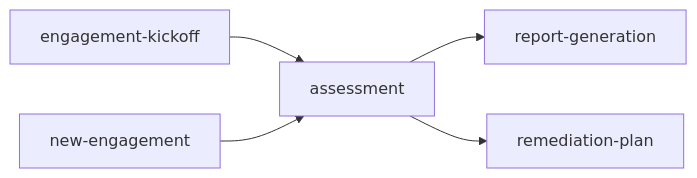
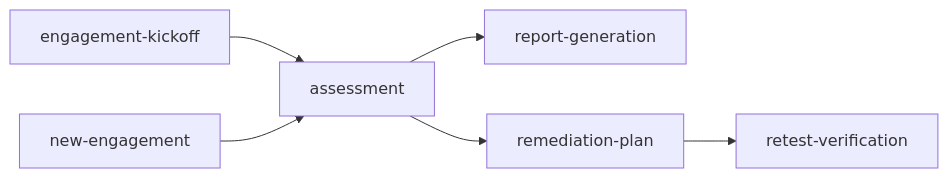
The second of 2 diagrams in docs/workflows/overview.md (adamson34/crew), drawn with Mermaid before and after one commit. The commit also changed other lines of this file and 5 other files, not shown here.

First line of the commit message:
Update docs for retest-verification workflow and vertical wiring

````diff
--- a/docs/workflows/overview.md
+++ b/docs/workflows/overview.md
@@ -106,7 +109,8 @@
 ```mermaid
 graph LR
     ek["engagement-kickoff"] --> assessment
     ne["new-engagement"] --> assessment
     assessment --> rg["report-generation"]
     assessment --> rp["remediation-plan"]
+    rp --> rv["retest-verification"]
 ```
````
